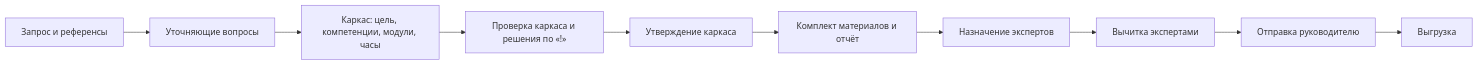
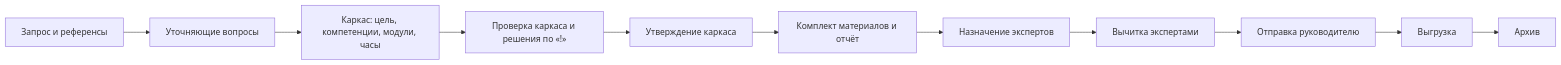
Before and after one commit to Fighter90/methodAgent: the diagram in wiki/Методисту.md, drawn with Mermaid. The commit also changed other lines of this file and 12 other files, not shown here.

````diff
--- a/wiki/Методисту.md
+++ b/wiki/Методисту.md
@@ -9,12 +9,13 @@
 ```mermaid
 flowchart LR
   A[Запрос и референсы] --> B[Уточняющие вопросы]
   B --> C[Каркас: цель, компетенции, модули, часы]
   C --> D[Проверка каркаса и решения по «!»]
   D --> E[Утверждение каркаса]
   E --> F[Комплект материалов и отчёт]
   F --> G[Назначение экспертов]
   G --> H[Вычитка экспертами]
   H --> I[Отправка руководителю]
   I --> J[Выгрузка]
+  J --> K[Архив]
 ```
````
